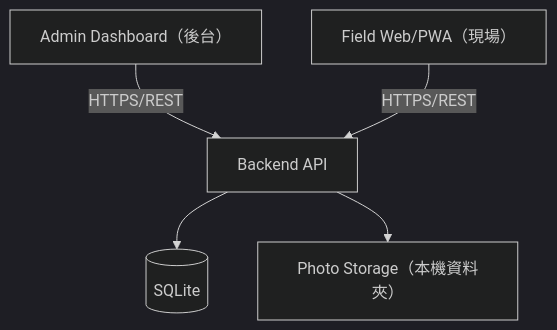
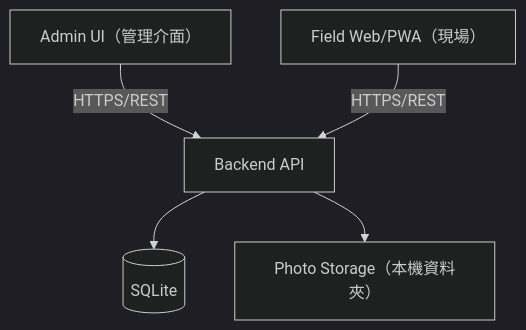
Before and after one commit to speko-tw/inspect-flow: the third of 9 diagrams in docs/intents/01-overview.md, drawn with Mermaid (dark theme). The commit also changed other lines of this file and 10 other files, not shown here.

````diff
--- a/docs/intents/01-overview.md
+++ b/docs/intents/01-overview.md
@@ -175,7 +175,7 @@
 ```mermaid
 flowchart TB
-  AdminUI["Admin Dashboard（後台）"] -->|HTTPS/REST| API["Backend API"]
+  AdminUI["Admin UI（管理介面）"] -->|HTTPS/REST| API["Backend API"]
   FieldUI["Field Web/PWA（現場）"] -->|HTTPS/REST| API
   API --> DB[("SQLite")]
   API --> Storage["Photo Storage（本機資料夾）"]
 ```
````
